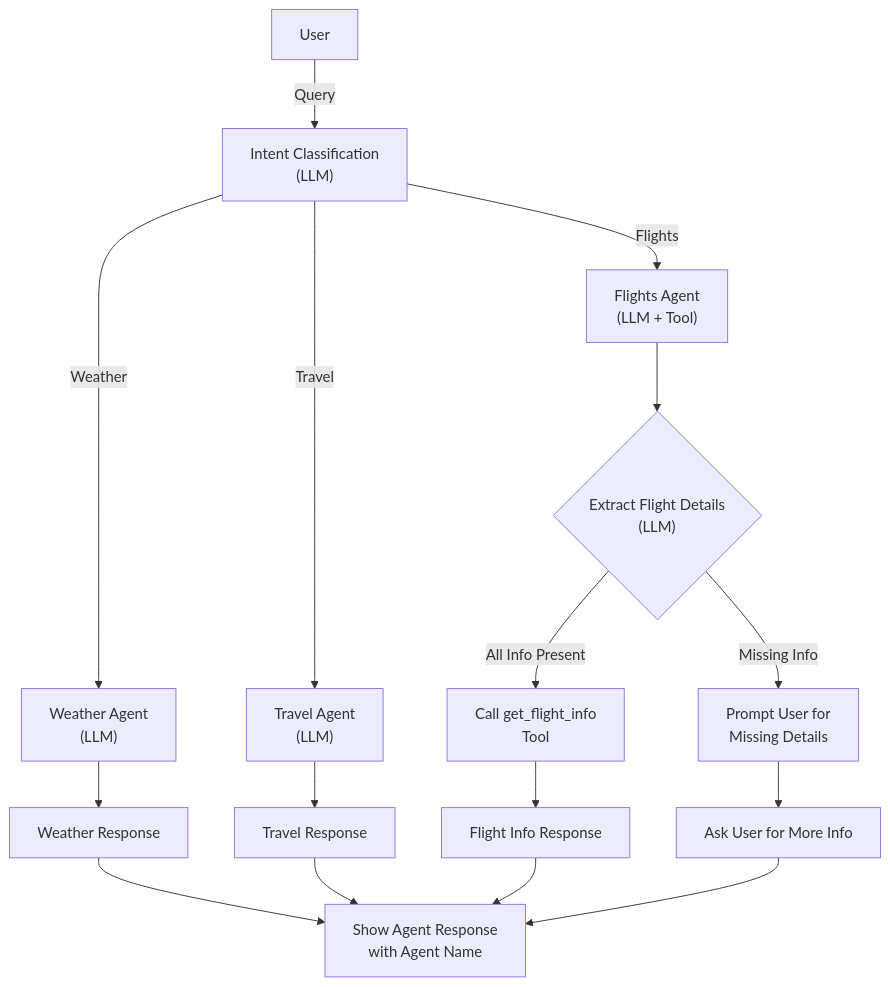
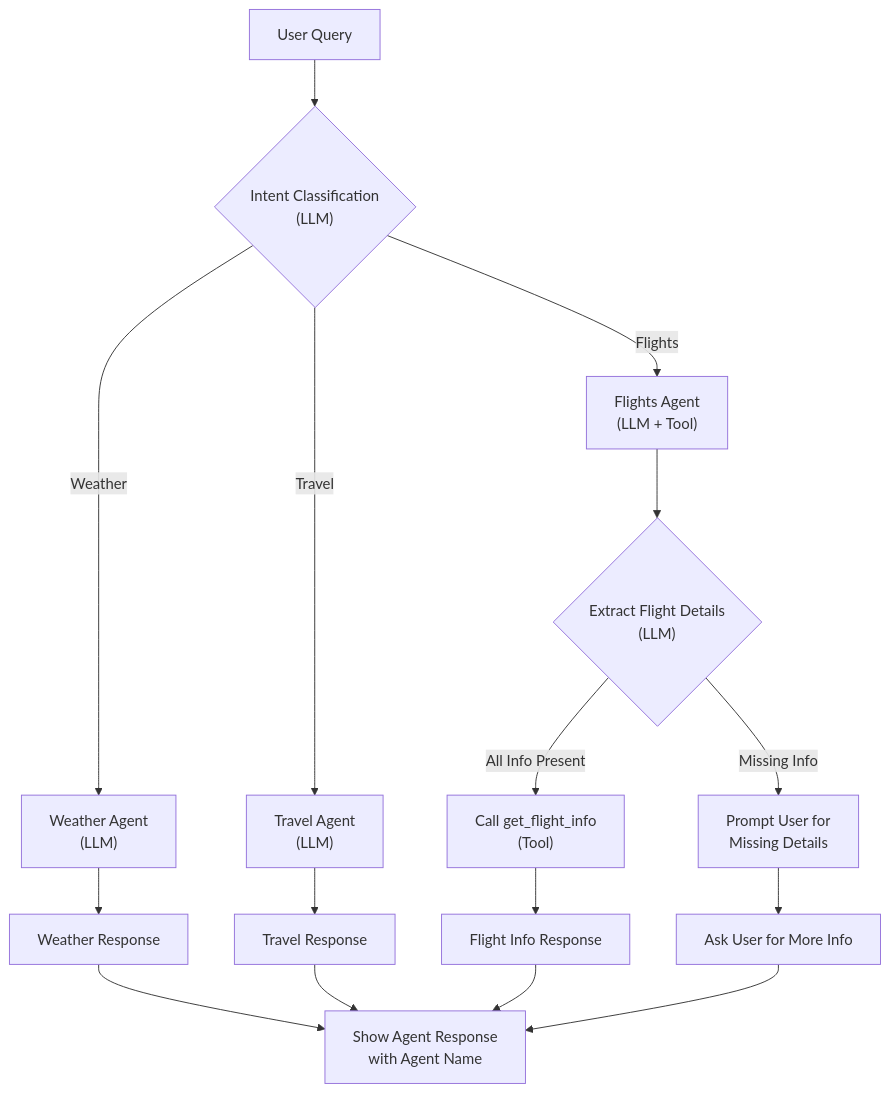
Before and after one commit to antongeorgescu/agentic-ai-langchain: the first of 2 diagrams in README.md, drawn with Mermaid. The commit also changed other lines of this file, not shown here.

````diff
--- a/README.md
+++ b/README.md
@@ -46,15 +46,15 @@
 ```mermaid
-flowchart TD
-    A[User] -->|Query| B["Intent Classification<br/>(LLM)"]
+graph TD
+    A[User Query] --> B{"Intent Classification<br/>(LLM)"}
     B -- Weather --> C["Weather Agent<br/>(LLM)"]
     B -- Travel --> D["Travel Agent<br/>(LLM)"]
     B -- Flights --> E["Flights Agent<br/>(LLM + Tool)"]
     E --> F{"Extract Flight Details<br/>(LLM)"}
-    F -- Missing Info --> G[Prompt User for<br/>Missing Details]
-    F -- All Info Present --> H[Call get_flight_info<br/>Tool]
+    F -- Missing Info --> G["Prompt User for<br/>Missing Details"]
+    F -- All Info Present --> H["Call get_flight_info<br/>(Tool)"]
     C --> I[Weather Response]
     D --> J[Travel Response]
     H --> K[Flight Info Response]
     G --> L[Ask User for More Info]
-    I & J & K & L --> M[Show Agent Response<br/>with Agent Name]
+    I & J & K & L --> M["Show Agent Response<br/>with Agent Name"]
 ```
````
